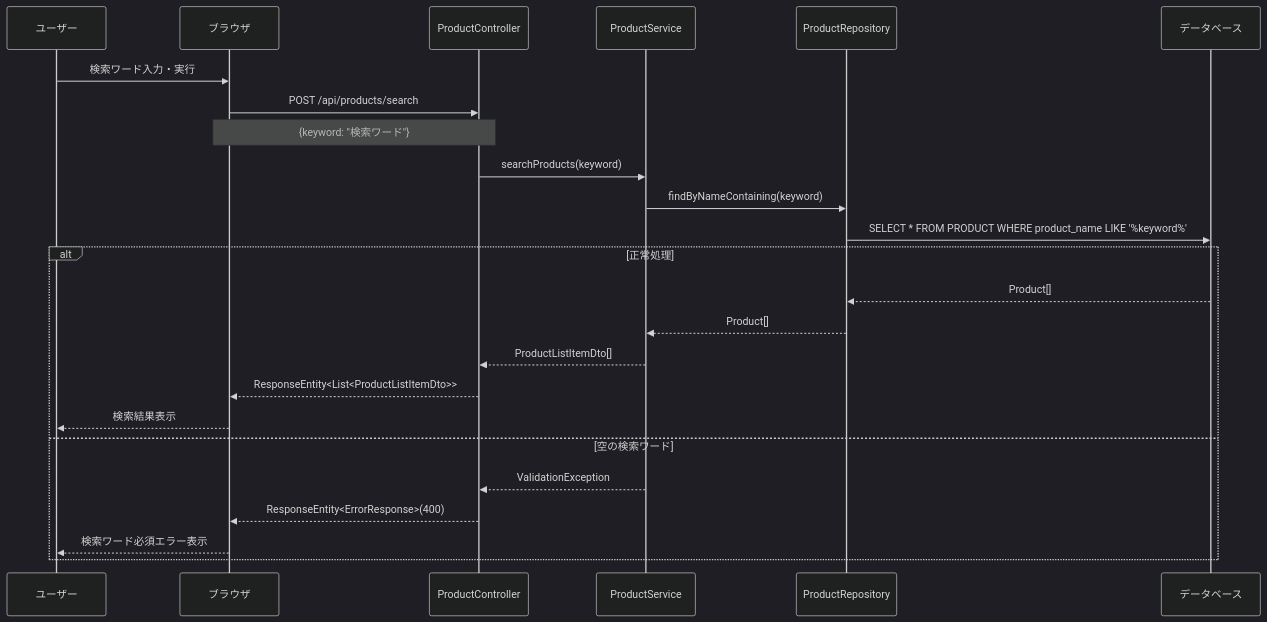
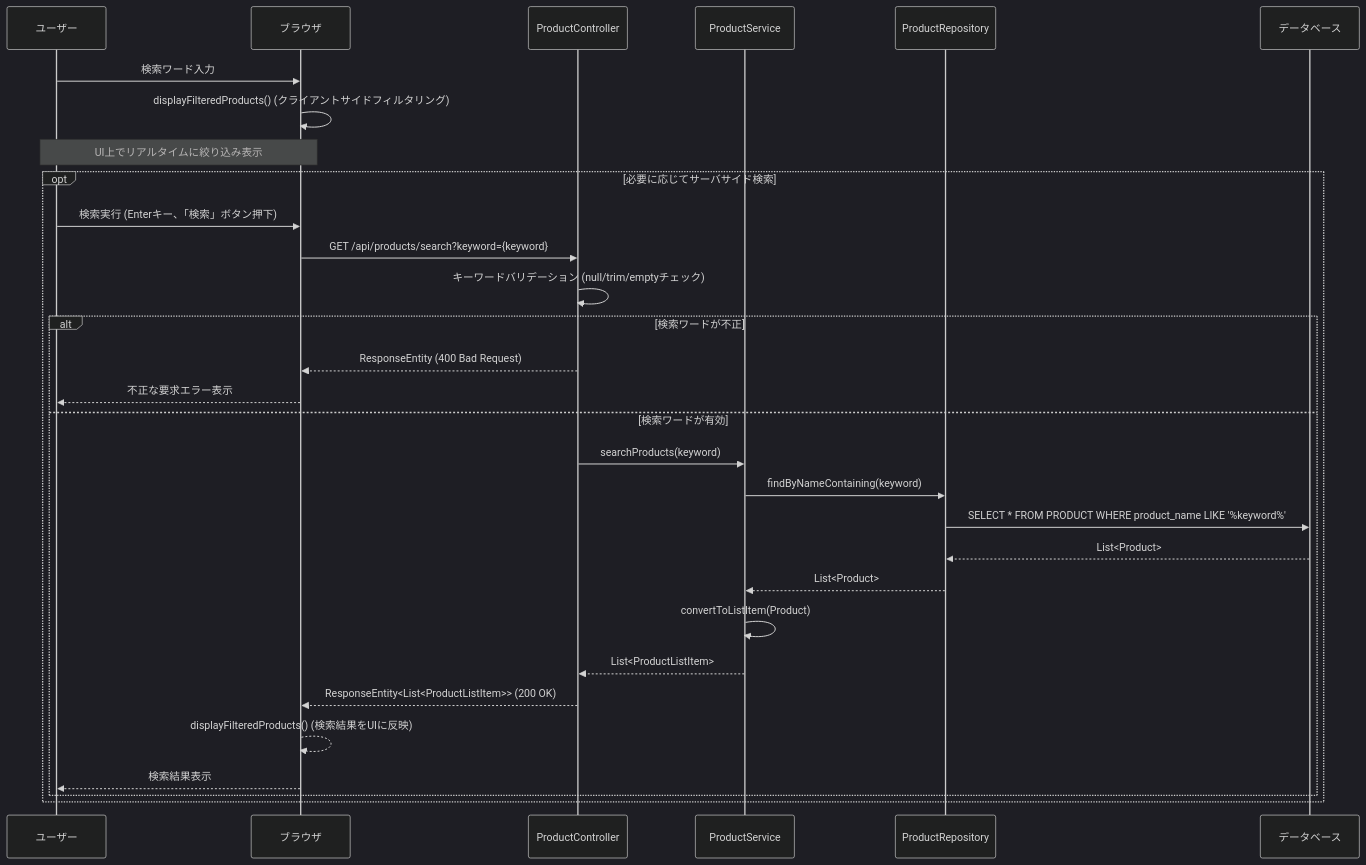
Before and after one commit to shogomaeda758/Bacon: the fourth of 22 diagrams in 詳細設計/詳細設計書_v3.md, drawn with Mermaid (dark theme). The commit also changed other lines of this file and 31 other files, not shown here.

````diff
--- a/詳細設計/詳細設計書_v3.md
+++ b/詳細設計/詳細設計書_v3.md
@@ -203,28 +203,34 @@
 ```mermaid
 sequenceDiagram
     participant U as ユーザー
     participant B as ブラウザ
     participant PC as ProductController
     participant PS as ProductService
     participant PR as ProductRepository
     participant DB as データベース
 
-    U->>B: 検索ワード入力・実行
-    B->>PC: POST /api/products/search
-    Note over B,PC: {keyword: "検索ワード"}
-    PC->>PS: searchProducts(keyword)
-    PS->>PR: findByNameContaining(keyword)
-    PR->>DB: SELECT * FROM PRODUCT WHERE product_name LIKE '%keyword%'
+    U->>B: 検索ワード入力
+    B->>B: displayFilteredProducts() (クライアントサイドフィルタリング)
+    Note over B,U: UI上でリアルタイムに絞り込み表示
     
-    alt 正常処理
-        DB-->>PR: Product[]
-        PR-->>PS: Product[]
-        PS-->>PC: ProductListItemDto[]
-        PC-->>B: ResponseEntity<List<ProductListItemDto>>
-        B-->>U: 検索結果表示
-    else 空の検索ワード
-        PS-->>PC: ValidationException
-        PC-->>B: ResponseEntity<ErrorResponse>(400)
-        B-->>U: 検索ワード必須エラー表示
+    opt 必要に応じてサーバサイド検索
+        U->>B: 検索実行 (Enterキー、「検索」ボタン押下)
+        B->>PC: GET /api/products/search?keyword={keyword}
+        PC->>PC: キーワードバリデーション (null/trim/emptyチェック)
+        alt 検索ワードが不正
+            PC-->>B: ResponseEntity (400 Bad Request)
+            B-->>U: 不正な要求エラー表示
+        else 検索ワードが有効
+            PC->>PS: searchProducts(keyword)
+            PS->>PR: findByNameContaining(keyword)
+            PR->>DB: SELECT * FROM PRODUCT WHERE product_name LIKE '%keyword%'
+            DB-->>PR: List<Product>
+            PR-->>PS: List<Product>
+            PS->>PS: convertToListItem(Product)
+            PS-->>PC: List<ProductListItem>
+            PC-->>B: ResponseEntity<List<ProductListItem>> (200 OK)
+            B-->>B: displayFilteredProducts() (検索結果をUIに反映)
+            B-->>U: 検索結果表示
+        end
     end
 ```
````
